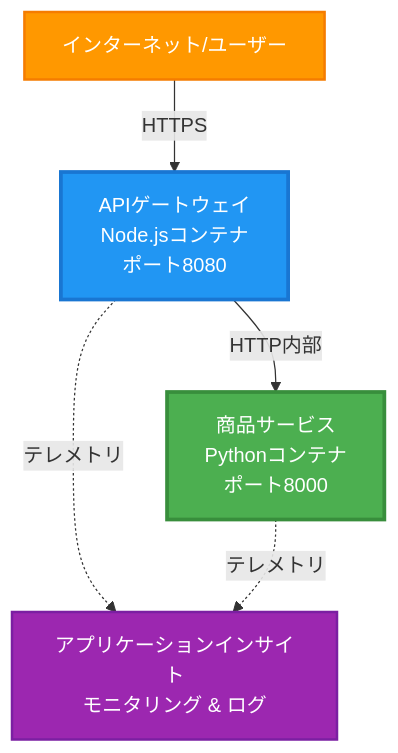
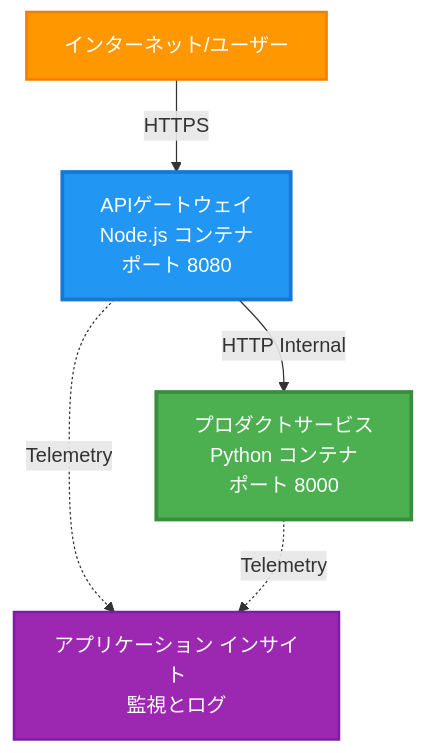
The first of 4 diagrams in translations/ja/examples/microservices/README.md (microsoft/AZD-for-beginners), drawn with Mermaid before and after one commit. The commit also changed other lines of this file and 242 other files, not shown here.

````diff
--- a/translations/ja/examples/microservices/README.md
+++ b/translations/ja/examples/microservices/README.md
@@ -40,17 +31,17 @@
 ```mermaid
 graph TB
     Internet[インターネット/ユーザー]
-    Gateway[APIゲートウェイ<br/>Node.jsコンテナ<br/>ポート8080]
-    Product[商品サービス<br/>Pythonコンテナ<br/>ポート8000]
-    AppInsights[アプリケーションインサイト<br/>モニタリング & ログ]
+    Gateway[APIゲートウェイ<br/>Node.js コンテナ<br/>ポート 8080]
+    Product[プロダクトサービス<br/>Python コンテナ<br/>ポート 8000]
+    AppInsights[アプリケーション インサイト<br/>監視とログ]
     
     Internet -->|HTTPS| Gateway
-    Gateway -->|HTTP内部| Product
-    Gateway -.->|テレメトリ| AppInsights
-    Product -.->|テレメトリ| AppInsights
+    Gateway -->|HTTP Internal| Product
+    Gateway -.->|Telemetry| AppInsights
+    Product -.->|Telemetry| AppInsights
     
     style Gateway fill:#2196F3,stroke:#1976D2,stroke-width:3px,color:#fff
     style Product fill:#4CAF50,stroke:#388E3C,stroke-width:3px,color:#fff
     style Internet fill:#FF9800,stroke:#F57C00,stroke-width:2px,color:#fff
     style AppInsights fill:#9C27B0,stroke:#7B1FA2,stroke-width:2px,color:#fff
 ```
````
